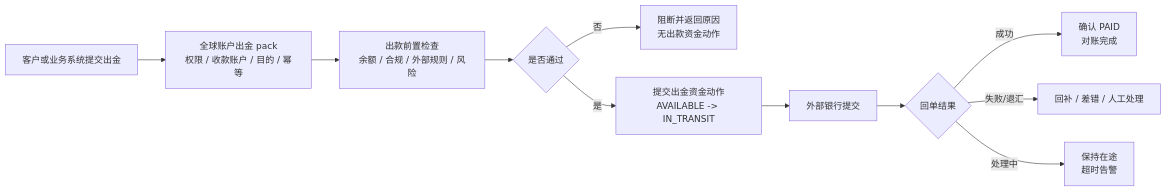
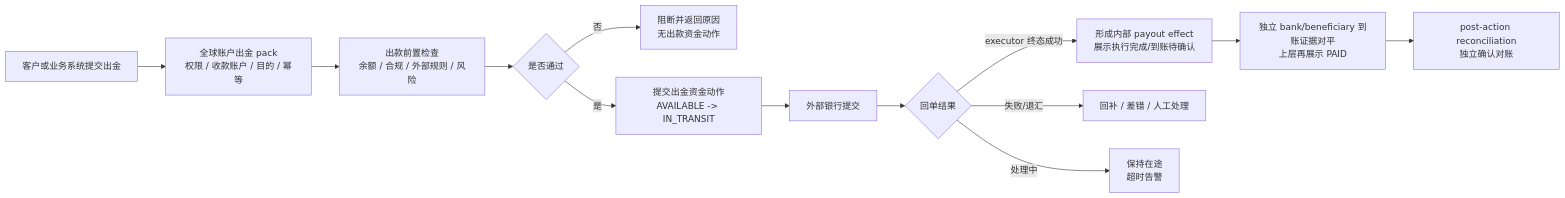
One commit to fengwuxp/wind-funds changed the third of 3 diagrams in docs/产品设计/07-全球账户收付款资金底座PRD.md. Above: the diagram before and after it, drawn with Mermaid. The commit also changed other lines of this file and 15 other files, not shown here.

````diff
--- a/docs/产品设计/07-全球账户收付款资金底座PRD.md
+++ b/docs/产品设计/07-全球账户收付款资金底座PRD.md
@@ -217,13 +219,15 @@
 ```mermaid
 flowchart LR
     A["客户或业务系统提交出金"] --> B["全球账户出金 pack\n权限 / 收款账户 / 目的 / 幂等"]
     B --> C["出款前置检查\n余额 / 合规 / 外部规则 / 风险"]
     C --> D{"是否通过"}
     D -- "否" --> E["阻断并返回原因\n无出款资金动作"]
     D -- "是" --> F["提交出金资金动作\nAVAILABLE -> IN_TRANSIT"]
     F --> G["外部银行提交"]
     G --> H{"回单结果"}
-    H -- "成功" --> I["确认 PAID\n对账完成"]
+    H -- "executor 终态成功" --> I["形成内部 payout effect\n展示执行完成/到账待确认"]
+    I --> L["独立 bank/beneficiary 到账证据对平\n上层再展示 PAID"]
+    L --> M["post-action reconciliation\n独立确认对账"]
     H -- "失败/退汇" --> J["回补 / 差错 / 人工处理"]
     H -- "处理中" --> K["保持在途\n超时告警"]
 ```
````
